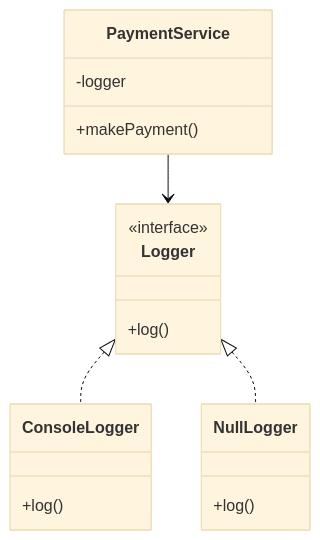
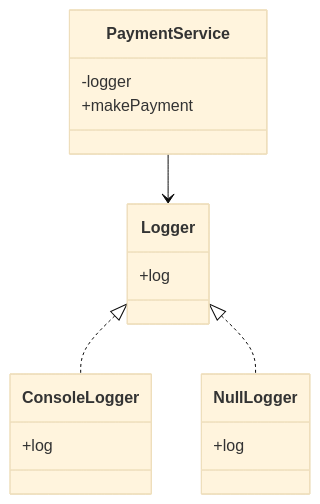
Before and after one commit to gojosatoru123-ux/CacheU: the seventh of 7 diagrams in src/content/lld-anti-and-null-design-pattern.md, drawn with Mermaid (base theme). The commit also changed other lines of this file and 21 other files, not shown here.

````diff
--- a/src/content/lld-anti-and-null-design-pattern.md
+++ b/src/content/lld-anti-and-null-design-pattern.md
@@ -804,24 +775,24 @@
 ```mermaid
 classDiagram
+
     class Logger {
-        <<interface>>
-        +log()
+        +log
     }
 
     class ConsoleLogger {
-        +log()
+        +log
     }
 
     class NullLogger {
-        +log()
+        +log
     }
 
     class PaymentService {
         -logger
-        +makePayment()
+        +makePayment
     }
 
     Logger <|.. ConsoleLogger
     Logger <|.. NullLogger
     PaymentService --> Logger
 ```
````
